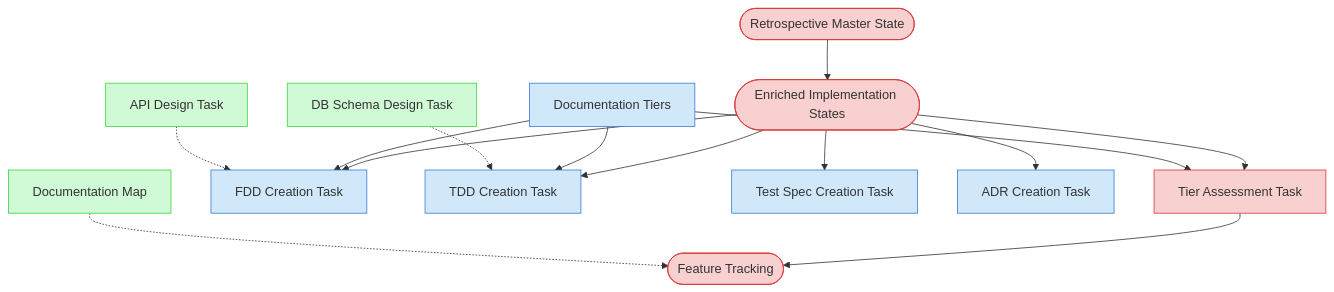
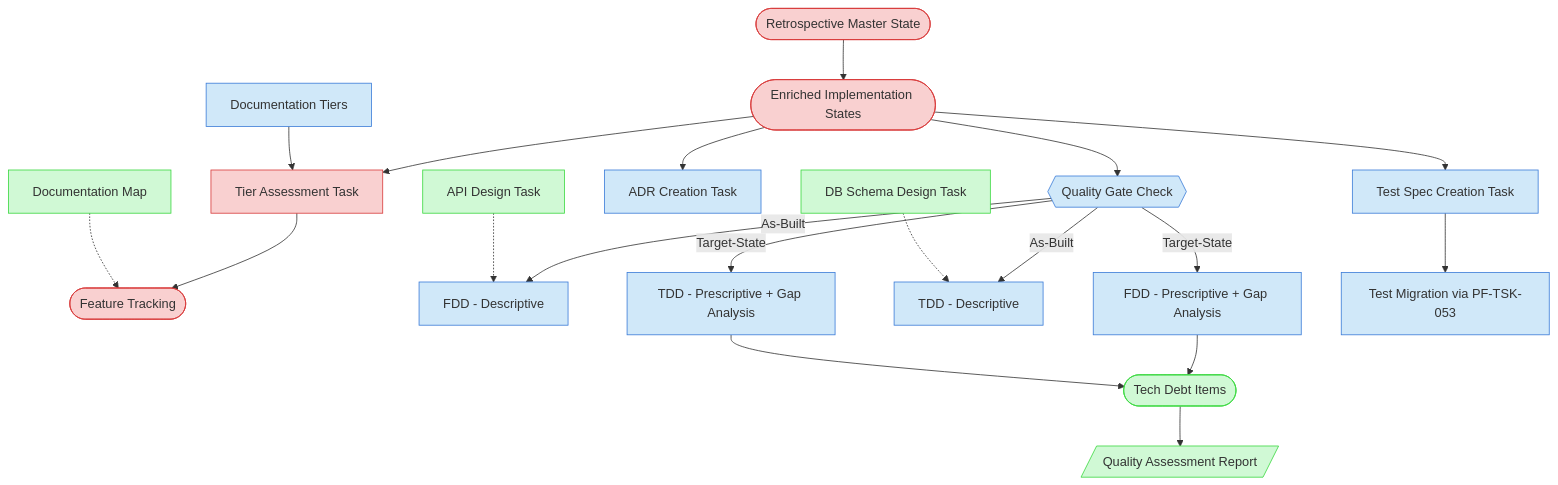
Before and after one commit to Abtomation/LinkWatcher: the diagram in process-framework/visualization/context-maps/00-setup/retrospective-documentation-creation-map.md, drawn with Mermaid. The commit also changed other lines of this file and 1342 other files, not shown here.

````diff
--- a/process-framework/visualization/context-maps/00-setup/retrospective-documentation-creation-map.md
+++ b/process-framework/visualization/context-maps/00-setup/retrospective-documentation-creation-map.md
@@ -18,24 +18,29 @@
 ```mermaid
 graph TD
     classDef critical fill:#f9d0d0,stroke:#d83a3a
     classDef important fill:#d0e8f9,stroke:#3a7bd8
     classDef reference fill:#d0f9d5,stroke:#3ad83f
 
     MasterState([Retrospective Master State]) --> EnrichedStates([Enriched Implementation States])
     EnrichedStates --> TierTask[Tier Assessment Task]
     TierTask --> FeatureTracking([Feature Tracking])
-    EnrichedStates --> FDD[FDD Creation Task]
-    EnrichedStates --> TDD[TDD Creation Task]
+    EnrichedStates --> QualityGate{{Quality Gate Check}}
+    QualityGate --> |"As-Built"| FDD_AB[FDD - Descriptive]
+    QualityGate --> |"Target-State"| FDD_TS[FDD - Prescriptive + Gap Analysis]
+    QualityGate --> |"As-Built"| TDD_AB[TDD - Descriptive]
+    QualityGate --> |"Target-State"| TDD_TS[TDD - Prescriptive + Gap Analysis]
+    FDD_TS --> TechDebt([Tech Debt Items])
+    TDD_TS --> TechDebt
+    TechDebt --> QAR[/Quality Assessment Report/]
     EnrichedStates --> TestSpec[Test Spec Creation Task]
+    TestSpec --> TestMigration[Test Migration via PF-TSK-053]
     EnrichedStates --> ADR[ADR Creation Task]
     DocTiers[Documentation Tiers] --> TierTask
-    DocTiers --> FDD
-    DocTiers --> TDD
     DocMap[Documentation Map] -.-> FeatureTracking
-    APITask[API Design Task] -.-> FDD
-    DBTask[DB Schema Design Task] -.-> TDD
+    APITask[API Design Task] -.-> FDD_AB
+    DBTask[DB Schema Design Task] -.-> TDD_AB
 
     class MasterState,EnrichedStates,FeatureTracking,TierTask critical
-    class DocTiers,FDD,TDD,TestSpec,ADR important
-    class DocMap,APITask,DBTask reference
+    class DocTiers,QualityGate,FDD_AB,FDD_TS,TDD_AB,TDD_TS,TestSpec,TestMigration,ADR important
+    class DocMap,APITask,DBTask,TechDebt,QAR reference
 ```
````
